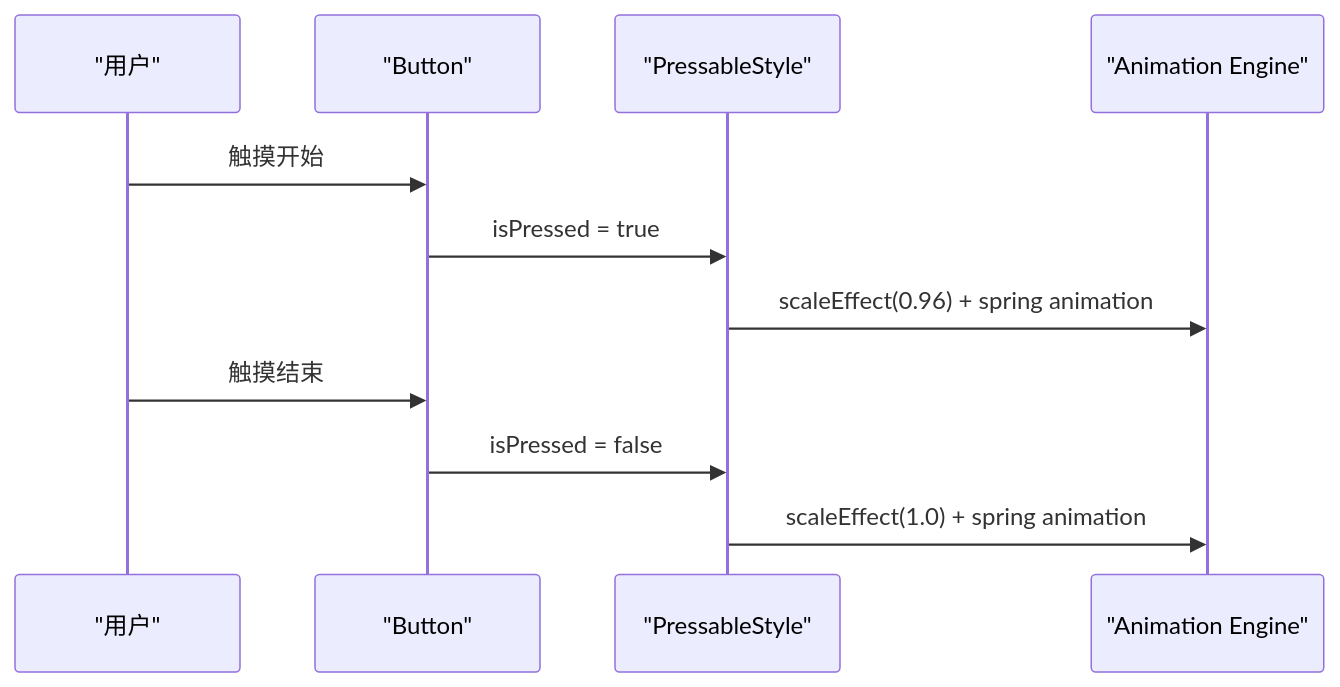
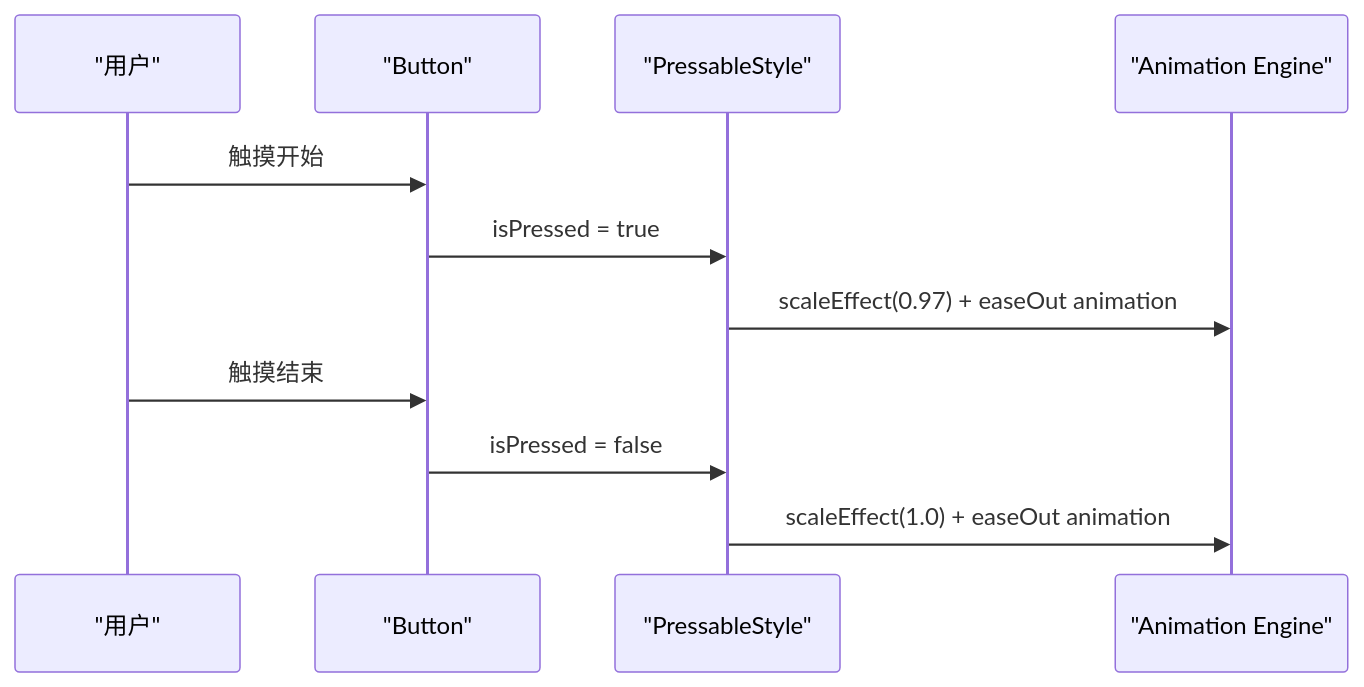
One commit to Primoguo/VoiceReader changed the seventh of 11 diagrams in .qoder/repowiki/zh/content/用户界面设计/用户界面设计.md. Above: the diagram before and after it, drawn with Mermaid. The commit also changed other lines of this file and 92 other files, not shown here.

````diff
--- a/.qoder/repowiki/zh/content/用户界面设计/用户界面设计.md
+++ b/.qoder/repowiki/zh/content/用户界面设计/用户界面设计.md
@@ -280,13 +402,13 @@
 ```mermaid
 sequenceDiagram
 participant U as "用户"
 participant V as "Button"
 participant S as "PressableStyle"
 participant A as "Animation Engine"
 U->>V : 触摸开始
 V->>S : isPressed = true
-S->>A : scaleEffect(0.96) + spring animation
+S->>A : scaleEffect(0.97) + easeOut animation
 U->>V : 触摸结束
 V->>S : isPressed = false
-S->>A : scaleEffect(1.0) + spring animation
+S->>A : scaleEffect(1.0) + easeOut animation
 ```
````
